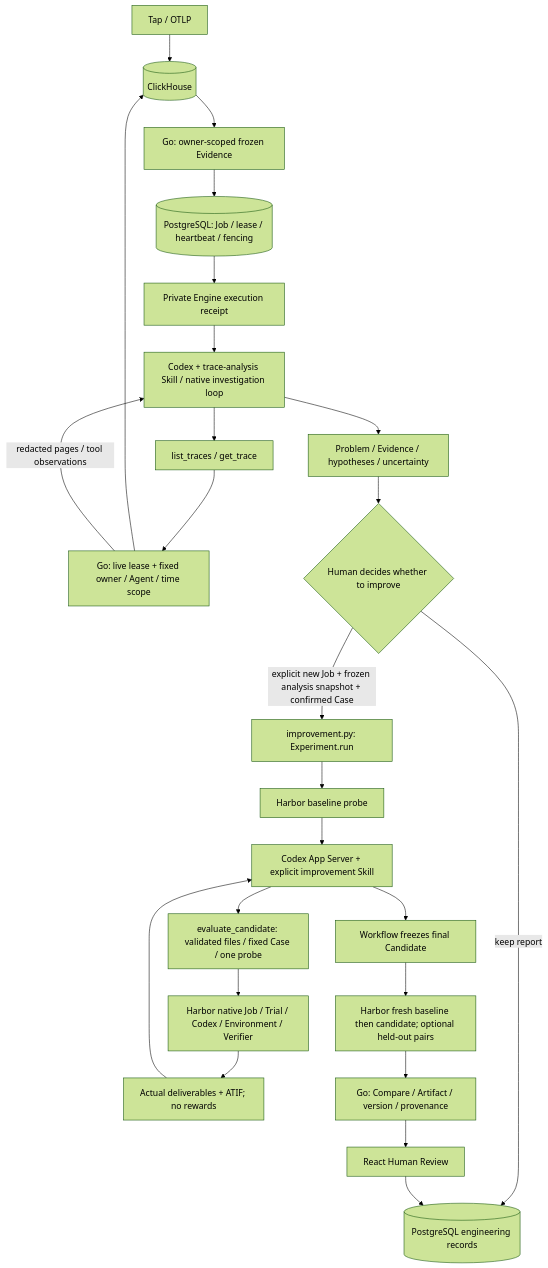
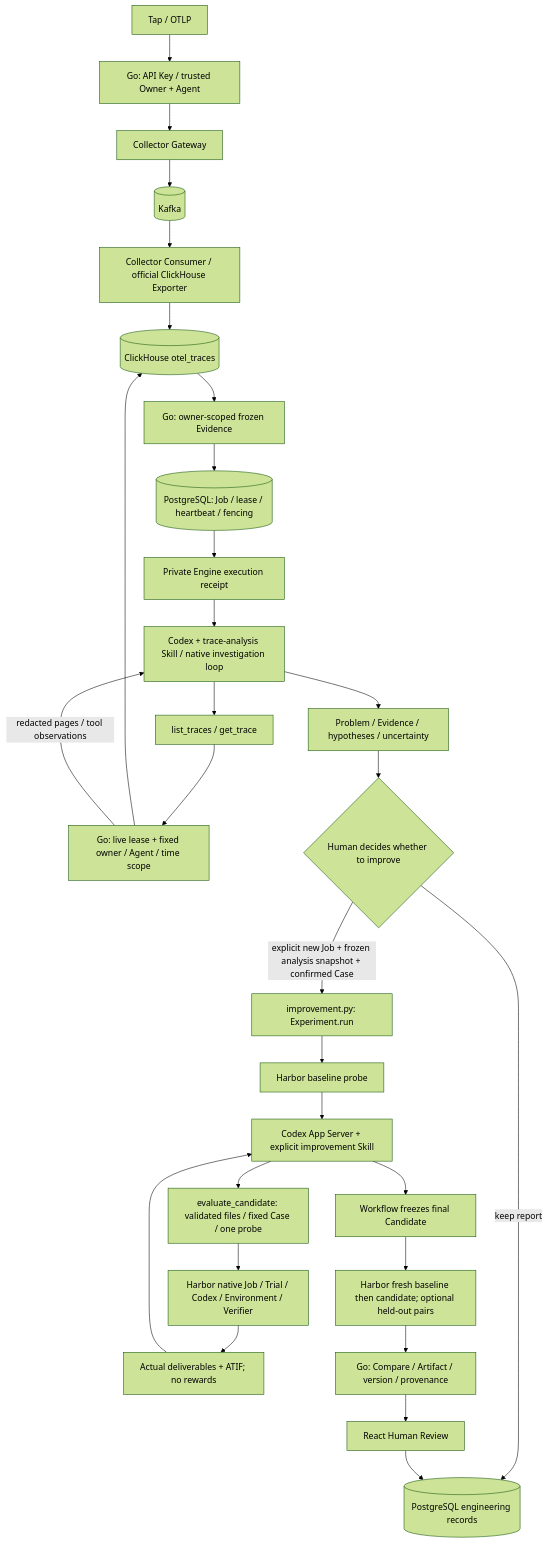
Before and after one commit to fightheyyy/CATENA: the diagram in docs/ARCHITECTURE.md, drawn with Mermaid (forest theme). The commit also changed other lines of this file and 37 other files, not shown here.

Commit message:
feat: migrate trace data plane to Collector and Kafka

````diff
--- a/docs/ARCHITECTURE.md
+++ b/docs/ARCHITECTURE.md
@@ -6,27 +6,31 @@
 ```mermaid
 flowchart TD
-    Trace[Tap / OTLP] --> CH[(ClickHouse)]
+    Trace[Tap / OTLP] --> Ingress[Go: API Key / trusted Owner + Agent]
+    Ingress --> Gateway[Collector Gateway]
+    Gateway --> Kafka[(Kafka)]
+    Kafka --> Consumer[Collector Consumer / official ClickHouse Exporter]
+    Consumer --> CH[(ClickHouse otel_traces)]
     CH --> Go[Go: owner-scoped frozen Evidence]
     Go --> Queue[(PostgreSQL: Job / lease / heartbeat / fencing)]
     Queue --> Receipt[Private Engine execution receipt]
     Receipt --> Analyze[Codex + trace-analysis Skill / native investigation loop]
     Analyze --> Query[list_traces / get_trace]
     Query --> Gate[Go: live lease + fixed owner / Agent / time scope]
     Gate --> CH
     Gate -->|redacted pages / tool observations| Analyze
     Analyze --> Report[Problem / Evidence / hypotheses / uncertainty]
     Report --> Decision{Human decides whether to improve}
     Decision -->|keep report| Records
     Decision -->|explicit new Job + frozen analysis snapshot + confirmed Case| Workflow[improvement.py: Experiment.run]
     Workflow --> Base[Harbor baseline probe]
     Base --> Agent[Codex App Server + explicit improvement Skill]
     Agent --> Tool[evaluate_candidate: validated files / fixed Case / one probe]
     Tool --> Probe[Harbor native Job / Trial / Codex / Environment / Verifier]
     Probe --> Observation[Actual deliverables + ATIF; no rewards]
     Observation --> Agent
     Agent --> Freeze[Workflow freezes final Candidate]
     Freeze --> Pair[Harbor fresh baseline then candidate; optional held-out pairs]
     Pair --> Persist[Go: Compare / Artifact / version / provenance]
     Persist --> Review[React Human Review]
     Review --> Records[(PostgreSQL engineering records)]
 ```
````
